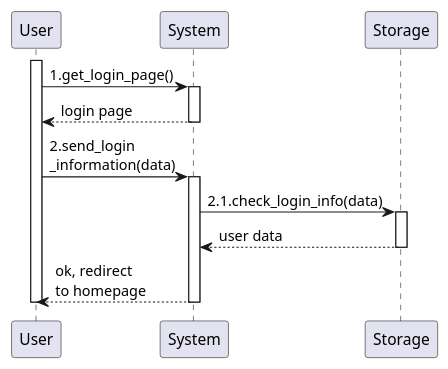
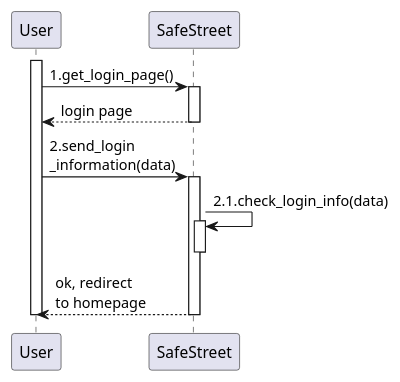
The second of 3 diagrams in RASD/materials/uml/useCases/signUp&login.wsd (GiorgioUghini/SafeStreets), drawn with PlantUML before and after one commit. The commit also changed other lines of this file and 19 other files, not shown here.

Commit message:
Remove storage in sequence diagrams in RASD

```diff
--- a/RASD/materials/uml/useCases/signUp&login.wsd
+++ b/RASD/materials/uml/useCases/signUp&login.wsd
@@ -20,16 +19,15 @@
 @startuml login
     autoactivate on
 
     participant User as U
-    participant System as S
-    participant Storage as ST
+    participant SafeStreet as S
 
     activate U
     U -> S: 1.get_login_page()
     return login page
     U -> S: 2.send_login\n_information(data)
-    S -> ST: 2.1.check_login_info(data)
-    return user data
+    S -> S: 2.1.check_login_info(data)
+    deactivate S
     return ok, redirect\nto homepage
     deactivate U
 @enduml
```
